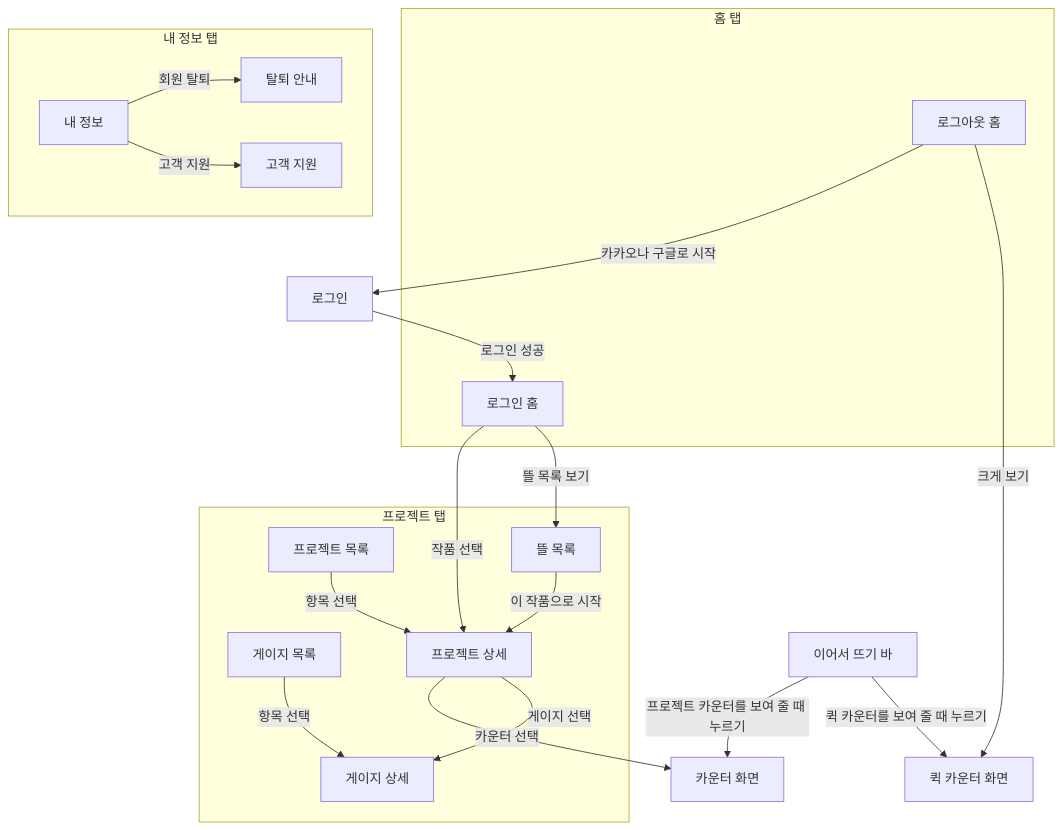
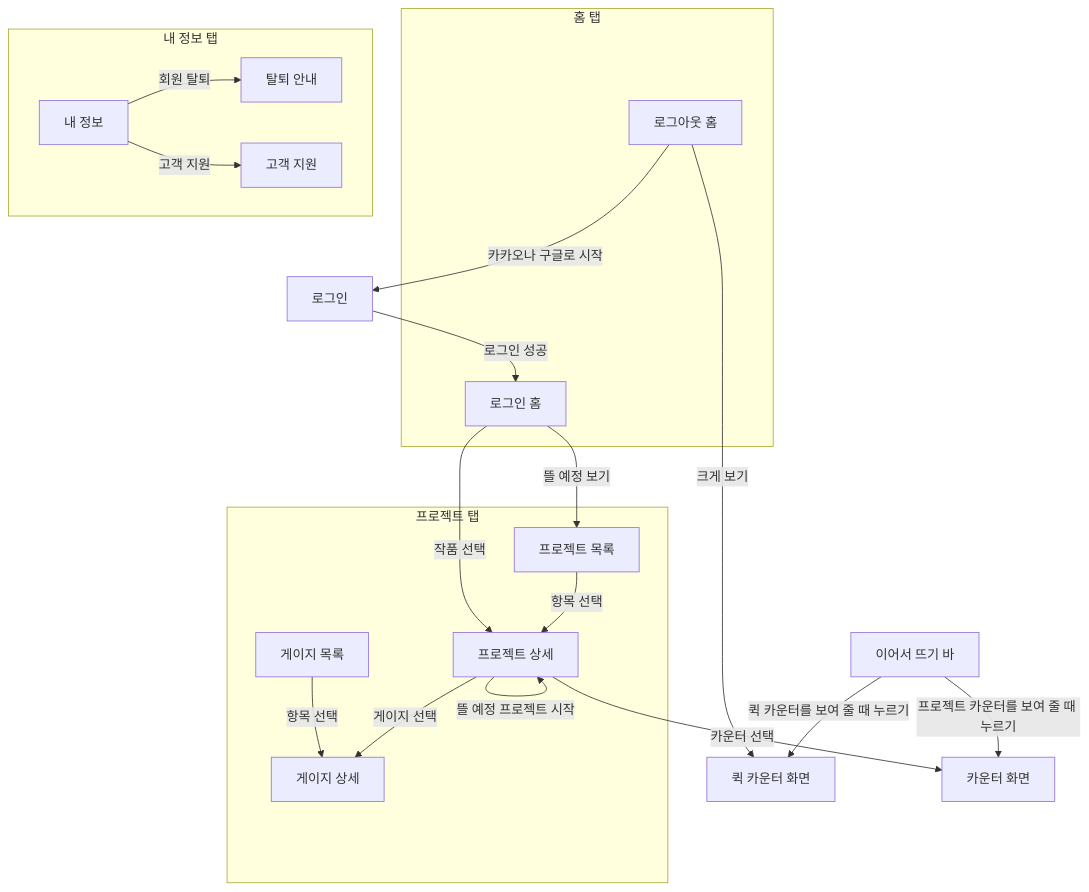
The diagram in docs/design/information-architecture.md (god3v/hamtteukka), drawn with Mermaid before and after one commit. The commit also changed other lines of this file and 6 other files, not shown here.

````diff
--- a/docs/design/information-architecture.md
+++ b/docs/design/information-architecture.md
@@ -36,38 +36,37 @@
 ```mermaid
 flowchart TD
     subgraph tabHome["홈 탭"]
         homeOut["로그아웃 홈"]
         homeIn["로그인 홈"]
     end
     subgraph tabProject["프로젝트 탭"]
         plist["프로젝트 목록"]
-        queue["뜰 목록"]
         gauges["게이지 목록"]
         pdetail["프로젝트 상세"]
         gdetail["게이지 상세"]
     end
     subgraph tabMe["내 정보 탭"]
         me["내 정보"]
         withdraw["탈퇴 안내"]
         support["고객 지원"]
     end
     login["로그인"]
     quick["퀵 카운터 화면"]
     counter["카운터 화면"]
     minibar["이어서 뜨기 바"]
 
     homeOut -->|"카카오나 구글로 시작"| login
     login -->|"로그인 성공"| homeIn
     homeOut -->|"크게 보기"| quick
     homeIn -->|"작품 선택"| pdetail
-    homeIn -->|"뜰 목록 보기"| queue
+    homeIn -->|"뜰 예정 보기"| plist
     plist -->|"항목 선택"| pdetail
-    queue -->|"이 작품으로 시작"| pdetail
+    pdetail -->|"뜰 예정 프로젝트 시작"| pdetail
     gauges -->|"항목 선택"| gdetail
     pdetail -->|"카운터 선택"| counter
     pdetail -->|"게이지 선택"| gdetail
     minibar -->|"프로젝트 카운터를 보여 줄 때 누르기"| counter
     minibar -->|"퀵 카운터를 보여 줄 때 누르기"| quick
     me -->|"회원 탈퇴"| withdraw
     me -->|"고객 지원"| support
 ```
````
